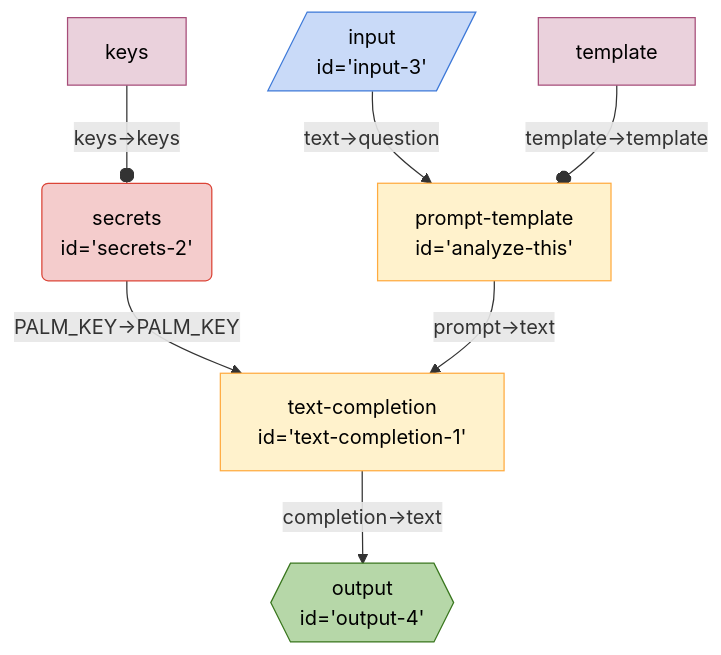
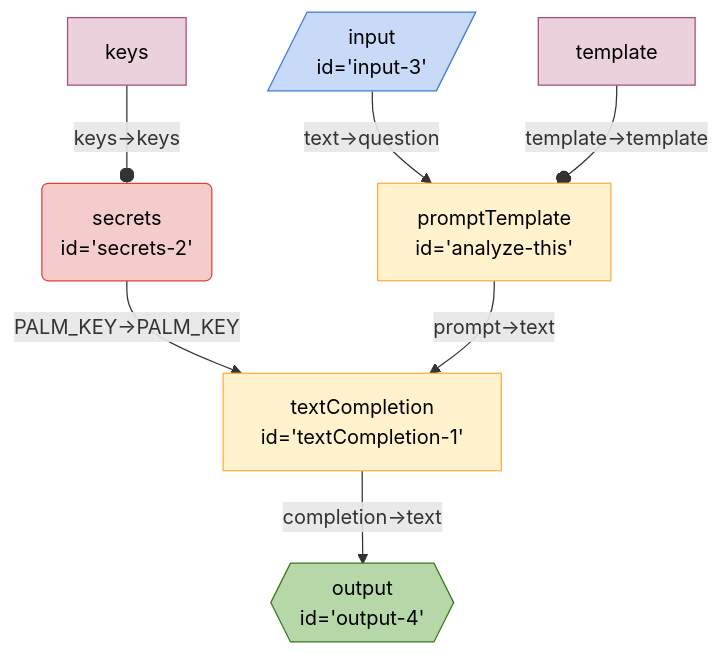
The diagram in seeds/graph-playground/docs/graphs/simple-prompt.md (breadboard-ai/breadboard), drawn with Mermaid before and after one commit. The commit also changed 41 other files, not shown here.

````diff
--- a/seeds/graph-playground/docs/graphs/simple-prompt.md
+++ b/seeds/graph-playground/docs/graphs/simple-prompt.md
@@ -5,26 +5,26 @@
   ```mermaid
   %%{init: 'themeVariables': { 'fontFamily': 'Fira Code, monospace' }}%%
 graph TD;
 secrets2("secrets
-id='secrets-2'"):::secrets -- "PALM_KEY->PALM_KEY" --> textcompletion1["text-completion
-id='text-completion-1'"]
-textcompletion1["text-completion
-id='text-completion-1'"] -- "completion->text" --> output4{{"output
+id='secrets-2'"):::secrets -- "PALM_KEY->PALM_KEY" --> textCompletion1["textCompletion
+id='textCompletion-1'"]
+textCompletion1["textCompletion
+id='textCompletion-1'"] -- "completion->text" --> output4{{"output
 id='output-4'"}}:::output
-analyzethis["prompt-template
-id='analyze-this'"] -- "prompt->text" --> textcompletion1["text-completion
-id='text-completion-1'"]
+analyzethis["promptTemplate
+id='analyze-this'"] -- "prompt->text" --> textCompletion1["textCompletion
+id='textCompletion-1'"]
 input3[/"input
-id='input-3'"/]:::input -- "text->question" --> analyzethis["prompt-template
+id='input-3'"/]:::input -- "text->question" --> analyzethis["promptTemplate
 id='analyze-this'"]
 keyssecrets2[keys]:::config -- "keys->keys" --o secrets2
 templateanalyzethis[template]:::config -- "template->template" --o analyzethis
 classDef default stroke:#ffab40,fill:#fff2ccff,color:#000
 classDef input stroke:#3c78d8,fill:#c9daf8ff,color:#000
 classDef output stroke:#38761d,fill:#b6d7a8ff,color:#000
 classDef passthrough stroke:#a64d79,fill:#ead1dcff,color:#000
 classDef slot stroke:#a64d79,fill:#ead1dcff,color:#000
 classDef config stroke:#a64d79,fill:#ead1dcff,color:#000
 classDef secrets stroke:#db4437,fill:#f4cccc,color:#000
 classDef slotted stroke:#a64d79
   ```
````
